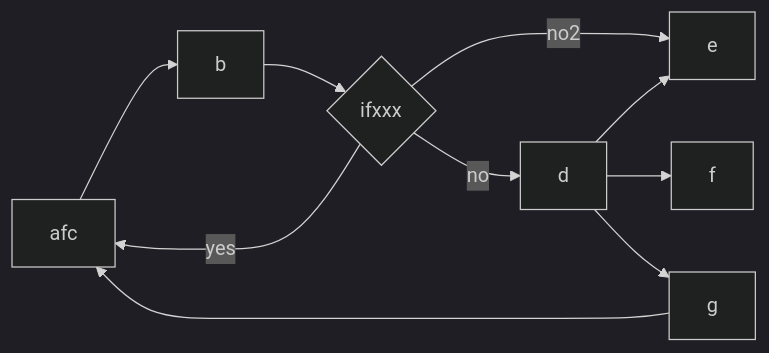
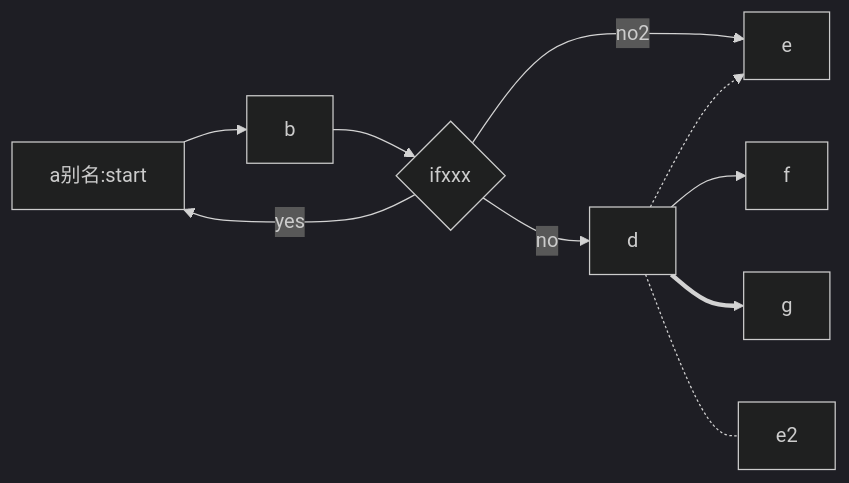
The first of 3 diagrams in 13沉淀笔记/MarkDown流程图示例.md (norven63/MyObsidian), drawn with Mermaid (dark theme) before and after one commit.

Commit message:
auto commit

````diff
--- a/13沉淀笔记/MarkDown流程图示例.md
+++ b/13沉淀笔记/MarkDown流程图示例.md
@@ -9,12 +9,13 @@
 ```mermaid
 flowchart LR
-	a[afc]-->b
+	a[a别名:start]-->b
 	b-->c{ifxxx}
 	c-->|yes|a
 	c-->|no|d
 	c-->|no2|e
-	d-->e
+	d-.->e
 	d-->f
-	d-->g
-	g-->a
+	d==>g
+	d-.-e2
+	d
 ```
````
